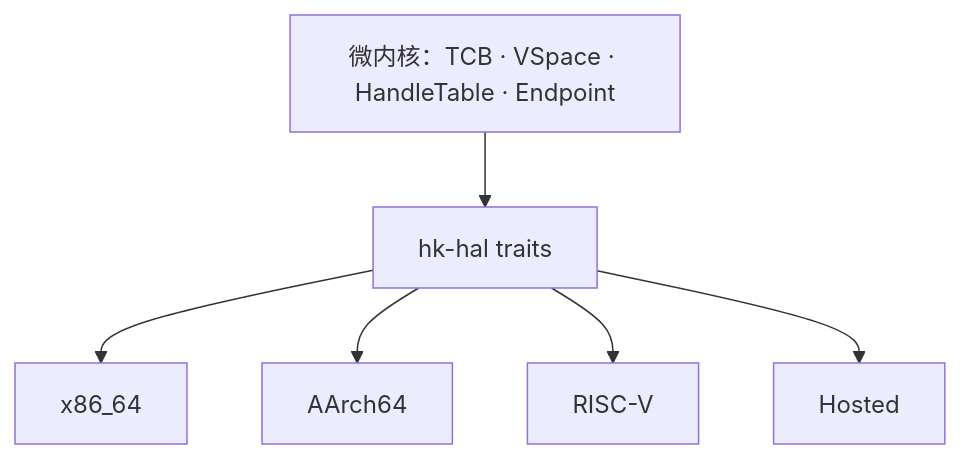
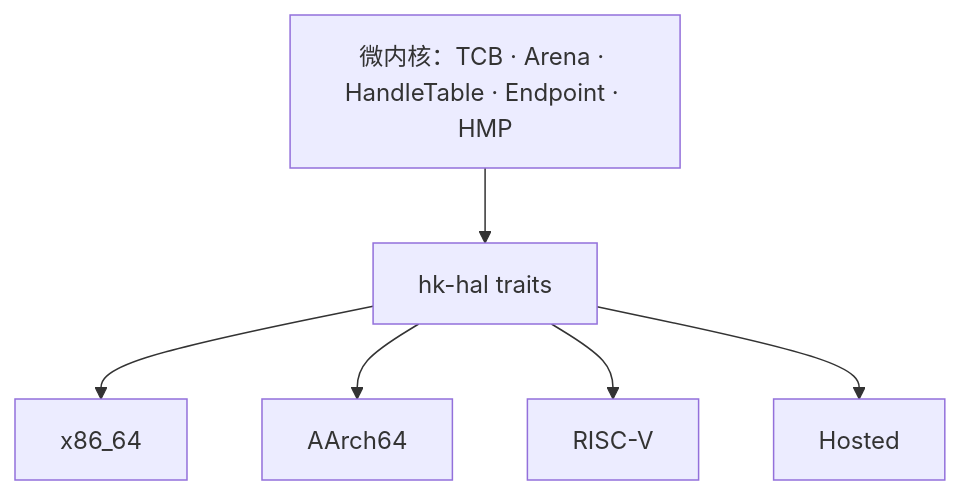
One commit to hongweifei/HolyKernel changed the first of 2 diagrams in docs/platforms.md. Above: the diagram before and after it, drawn with Mermaid. The commit also changed other lines of this file and 35 other files, not shown here.

````diff
--- a/docs/platforms.md
+++ b/docs/platforms.md
@@ -43,14 +43,14 @@
 ```mermaid
 flowchart TB
-    Core["微内核：TCB · VSpace · HandleTable · Endpoint"]
+    Core["微内核：TCB · Arena · HandleTable · Endpoint · HMP"]
     HAL["hk-hal traits"]
     X["x86_64"]
     A["AArch64"]
     R["RISC-V"]
     H["Hosted"]
     Core --> HAL
     HAL --> X
     HAL --> A
     HAL --> R
     HAL --> H
 ```
````
